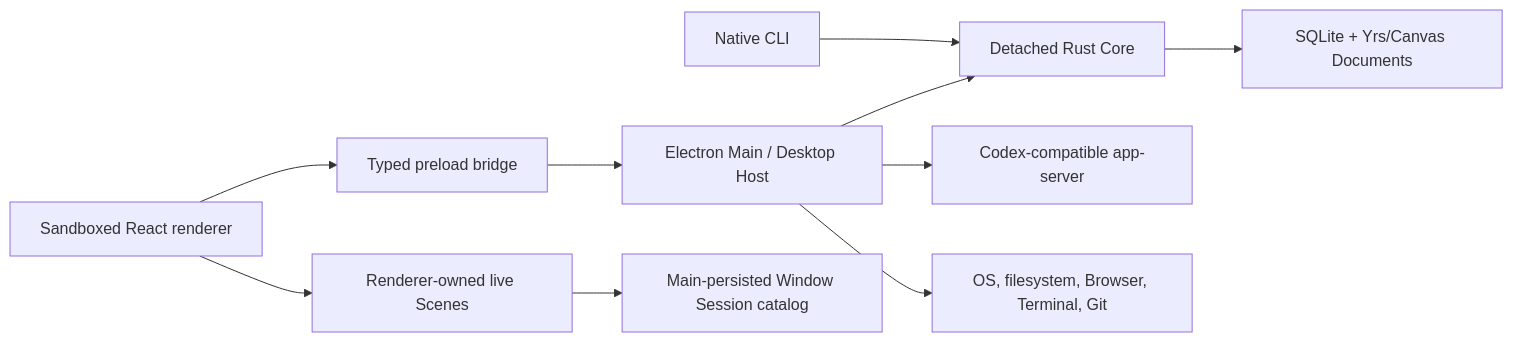
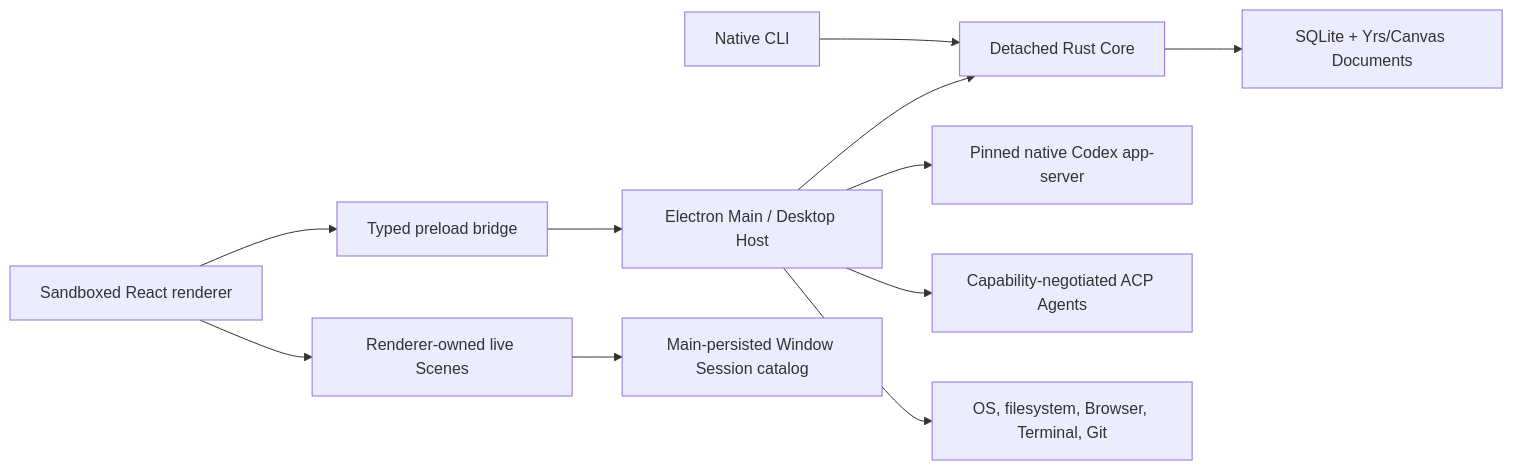
Before and after one commit to junyudev/nodex: the first of 3 diagrams in docs/ARCHITECTURE.md, drawn with Mermaid. The commit also changed other lines of this file and 755 other files, not shown here.

````diff
--- a/docs/ARCHITECTURE.md
+++ b/docs/ARCHITECTURE.md
@@ -16,12 +16,13 @@
 ```mermaid
 flowchart LR
     Renderer["Sandboxed React renderer"] --> Preload["Typed preload bridge"]
     Preload --> Main["Electron Main / Desktop Host"]
     Main --> Core["Detached Rust Core"]
     CLI["Native CLI"] --> Core
     Core --> Store["SQLite + Yrs/Canvas Documents"]
-    Main --> Codex["Codex-compatible app-server"]
+    Main --> Codex["Pinned native Codex app-server"]
+    Main --> ACP["Capability-negotiated ACP Agents"]
     Main --> Host["OS, filesystem, Browser, Terminal, Git"]
     Renderer --> Scene["Renderer-owned live Scenes"]
     Scene --> Catalog["Main-persisted Window Session catalog"]
 ```
````
